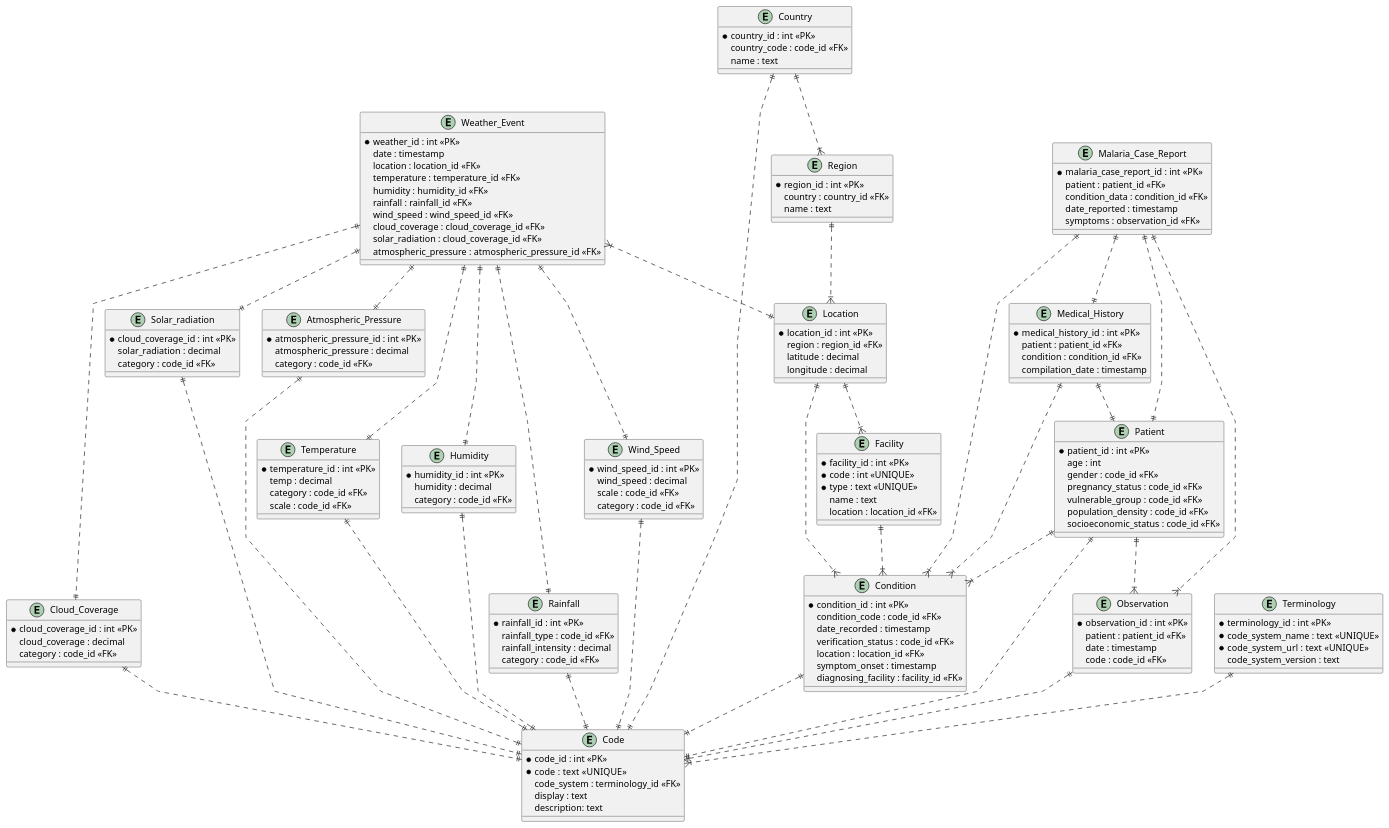
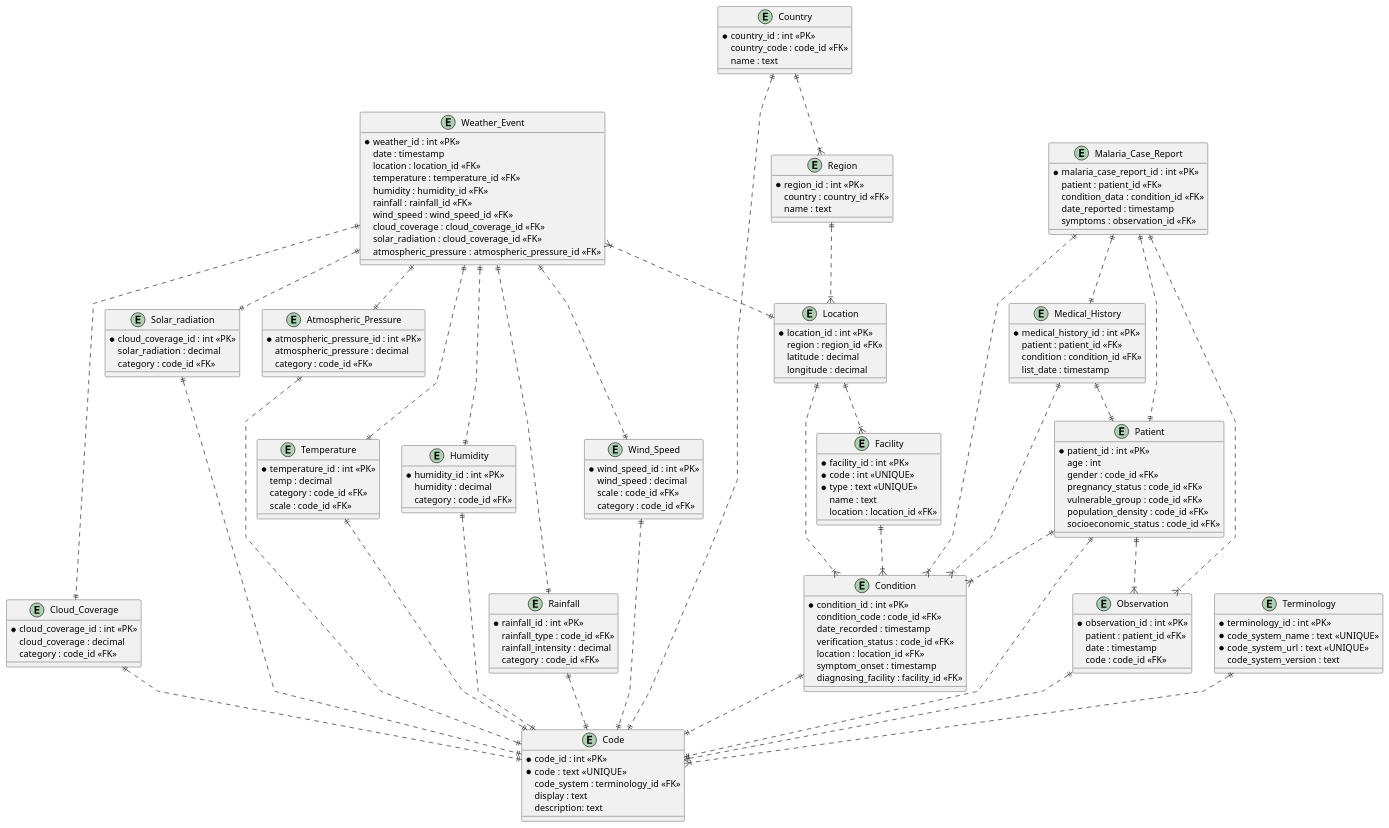
The diagram in One Health ERD.plantuml (rmrlangford/One-Health), drawn with PlantUML before and after one commit.

Commit message:
Update One Health ERD.plantuml

```diff
--- a/One Health ERD.plantuml
+++ b/One Health ERD.plantuml
@@ -1,183 +1,183 @@
 @startuml
 
 ' avoid problems with angled crows feet
 'skinparam linetype ortho
 skinparam linetype polyline
 
 entity "Weather_Event" as e01 {
     *weather_id : int <<PK>>
     date : timestamp
     location : location_id <<FK>>
     temperature : temperature_id <<FK>>
     humidity : humidity_id <<FK>>
     rainfall : rainfall_id <<FK>>
     wind_speed : wind_speed_id <<FK>>
     cloud_coverage : cloud_coverage_id <<FK>>
     solar_radiation : cloud_coverage_id <<FK>>
     atmospheric_pressure : atmospheric_pressure_id <<FK>>
 }
 
 entity "Temperature" as e10 {
     *temperature_id : int <<PK>>
     temp : decimal
     category : code_id <<FK>>
     scale : code_id <<FK>>
 }
 
 entity "Location" as e02 {
     *location_id : int <<PK>>
     region : region_id <<FK>>
     latitude : decimal
     longitude : decimal
 }
 
 entity "Region" as e03 {
     *region_id : int <<PK>>
     country : country_id <<FK>>
     name : text
 }
 
 entity "Country" as e04 {
     *country_id : int <<PK>>
     country_code : code_id <<FK>>
     name : text
 }
 
 entity "Facility" as e05 {
     *facility_id : int <<PK>>
     *code : int <<UNIQUE>>
     *type : text <<UNIQUE>>
     name : text
     location : location_id <<FK>>
 }
 
 entity "Condition" as e08 {
     *condition_id : int <<PK>>
     condition_code : code_id <<FK>>
     date_recorded : timestamp
     verification_status : code_id <<FK>>
     location : location_id <<FK>>
     symptom_onset : timestamp
     diagnosing_facility : facility_id <<FK>>
 }
 
 entity "Terminology" as e13 {
     *terminology_id : int <<PK>>
     *code_system_name : text <<UNIQUE>>
     *code_system_url : text  <<UNIQUE>>
     code_system_version : text
 }
 
 entity "Code" as e14 {
     *code_id : int <<PK>>
     *code : text  <<UNIQUE>>
     code_system : terminology_id <<FK>>
     display : text
     description: text
 }
 
 entity "Humidity" as e15 {
     *humidity_id : int <<PK>>
     humidity : decimal
     category : code_id <<FK>>
 }
 
 entity "Patient" as e17 {
     *patient_id : int <<PK>>
     age : int
     gender : code_id <<FK>>
     pregnancy_status : code_id <<FK>>
     vulnerable_group : code_id <<FK>>
     population_density : code_id <<FK>>
     socioeconomic_status : code_id <<FK>>
 }
 
 entity "Rainfall" as e20 {
     *rainfall_id : int <<PK>>
     rainfall_type : code_id <<FK>>
     rainfall_intensity : decimal
     category : code_id <<FK>>
 }
 
 entity "Wind_Speed" as e23 {
     *wind_speed_id : int <<PK>>
     wind_speed : decimal
     scale : code_id <<FK>>
     category : code_id <<FK>>
 }
 
 entity "Cloud_Coverage" as e24 {
     *cloud_coverage_id : int <<PK>>
     cloud_coverage : decimal
     category : code_id <<FK>>
 }
 
 entity "Solar_radiation" as e25 {
     *cloud_coverage_id : int <<PK>>
     solar_radiation : decimal
     category : code_id <<FK>>
 }
 
 entity "Atmospheric_Pressure" as e26 {
     *atmospheric_pressure_id : int <<PK>>
     atmospheric_pressure : decimal
     category : code_id <<FK>>
 }
 
 entity "Malaria_Case_Report" as e27 {
     *malaria_case_report_id : int <<PK>>
     patient : patient_id <<FK>>
     condition_data : condition_id <<FK>>
     date_reported : timestamp
     symptoms : observation_id <<FK>>
 }
 
 entity "Observation" as e28 {
     *observation_id : int <<PK>>
     patient : patient_id <<FK>>
     date : timestamp
     code : code_id <<FK>>
 }
 
 entity "Medical_History" as e29 {
     *medical_history_id : int <<PK>>
     patient : patient_id <<FK>>
     condition : condition_id <<FK>>
-    compilation_date : timestamp
+    list_date : timestamp
 }
 
 e01 }|..|| e02
 e03 ||..|{ e02
 e04 ||..|{ e03
 e02 ||..|{ e05
 e02 ||..|{ e08
 e05 ||..|{ e08
 e01 ||..|| e10
 e13 ||..|{ e14
 e08 ||..|| e14
 e04 ||..|| e14
 e15 ||..|| e14
 e01 ||..|| e15
 e10 ||..|| e14
 e17 ||..|| e14
 e17 ||..|{ e08
 e01 ||..|| e20
 e20 ||..|| e14
 e01 ||..|| e23
 e23 ||..|| e14
 e01 ||..|| e24
 e24 ||..|| e14
 e01 ||..|| e25
 e25 ||..|| e14
 e01 ||..|| e26
 e26 ||..|| e14
 e27 ||..|| e17
 e27 ||..|{ e08
 e17 ||..|{ e28
 e28 ||..|| e14
 e27 ||..|{ e28
 e29 ||..|{ e08
 e29 ||..|| e17
 e27 ||..|| e29
 
 @enduml
```
